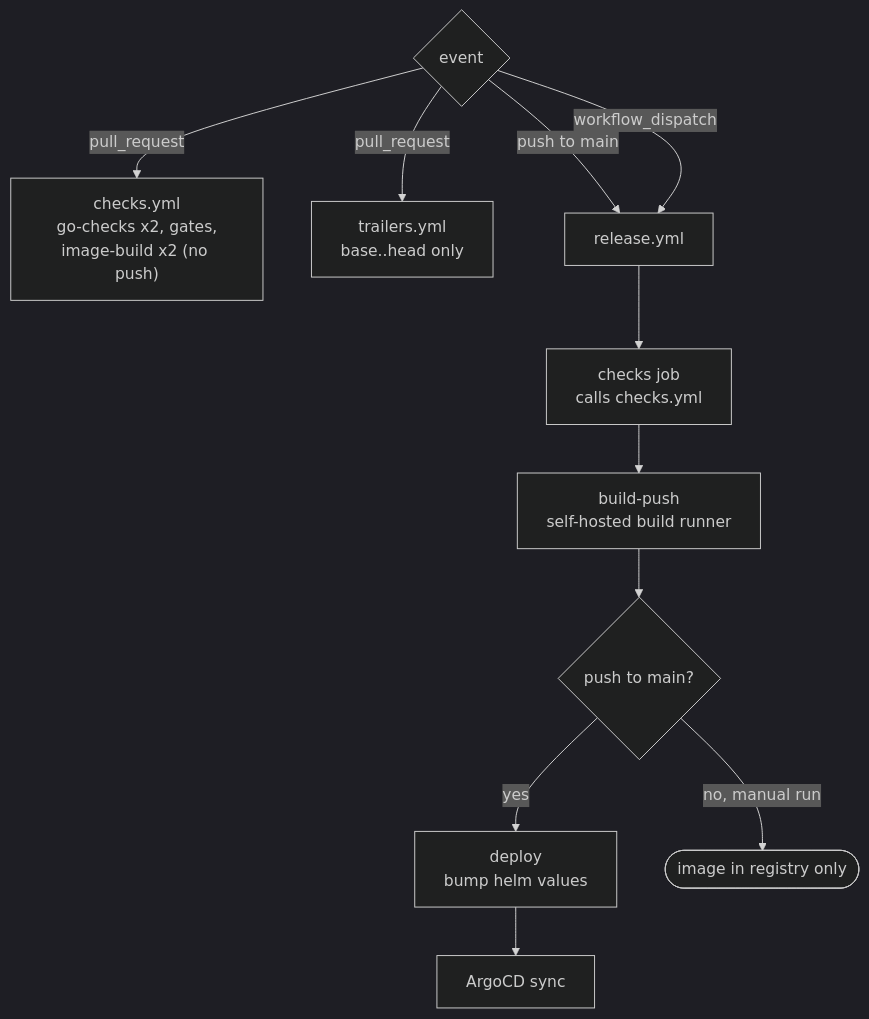
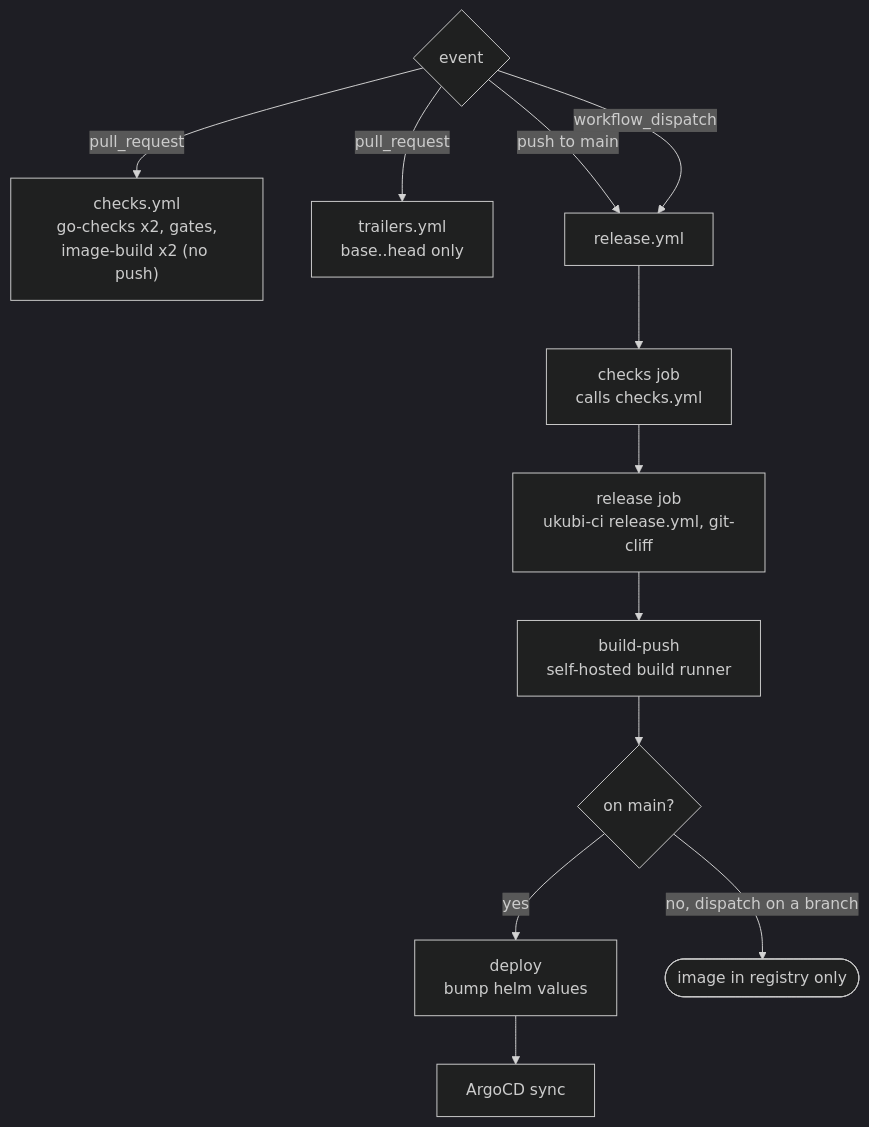
One commit to MohammadBnei/wird changed the third of 4 diagrams in docs/architecture/deploy.md. Above: the diagram before and after it, drawn with Mermaid (dark theme). The commit also changed other lines of this file and 40 other files, not shown here.

First line of the commit message:
ci: cut versions and CHANGELOG with ukubi-ci release; servers show theirs (#55)

````diff
--- a/docs/architecture/deploy.md
+++ b/docs/architecture/deploy.md
@@ -57,23 +58,25 @@
 ```mermaid
 flowchart TD
   ev{"event"}
   pr["checks.yml<br/>go-checks x2, gates,<br/>image-build x2 (no push)"]
   tr["trailers.yml<br/>base..head only"]
   rel["release.yml"]
   checks["checks job<br/>calls checks.yml"]
+  release["release job<br/>ukubi-ci release.yml, git-cliff"]
   build["build-push<br/>self-hosted build runner"]
-  push{"push to main?"}
+  push{"on main?"}
   deploy["deploy<br/>bump helm values"]
   argo["ArgoCD sync"]
   done(["image in registry only"])
   ev -->|pull_request| pr
   ev -->|pull_request| tr
   ev -->|push to main| rel
   ev -->|workflow_dispatch| rel
   rel --> checks
-  checks --> build
+  checks --> release
+  release --> build
   build --> push
-  push -->|"no, manual run"| done
+  push -->|"no, dispatch on a branch"| done
   push -->|yes| deploy
   deploy --> argo
 ```
````
